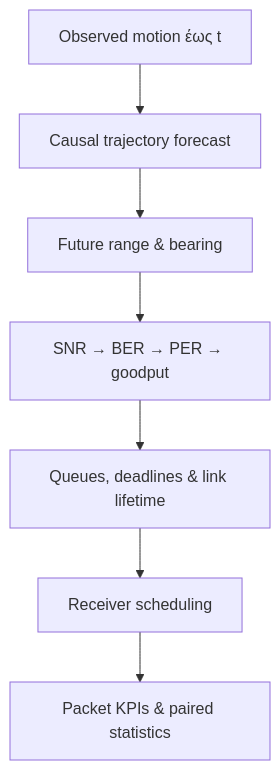
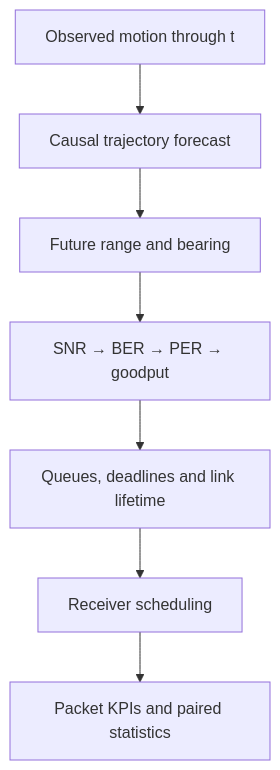
One commit to panagiotagrosdouli/idea changed the diagram in README.md. Above: the diagram before and after it, drawn with Mermaid. The commit also changed other lines of this file and 3 other files, not shown here.

````diff
--- a/README.md
+++ b/README.md
@@ -50,9 +52,9 @@
 ```mermaid
 flowchart TD
-    A["Observed motion έως t"] --> B["Causal trajectory forecast"]
-    B --> C["Future range & bearing"]
+    A["Observed motion through t"] --> B["Causal trajectory forecast"]
+    B --> C["Future range and bearing"]
     C --> D["SNR → BER → PER → goodput"]
-    D --> E["Queues, deadlines & link lifetime"]
+    D --> E["Queues, deadlines and link lifetime"]
     E --> F["Receiver scheduling"]
-    F --> G["Packet KPIs & paired statistics"]
+    F --> G["Packet KPIs and paired statistics"]
 ```
````
